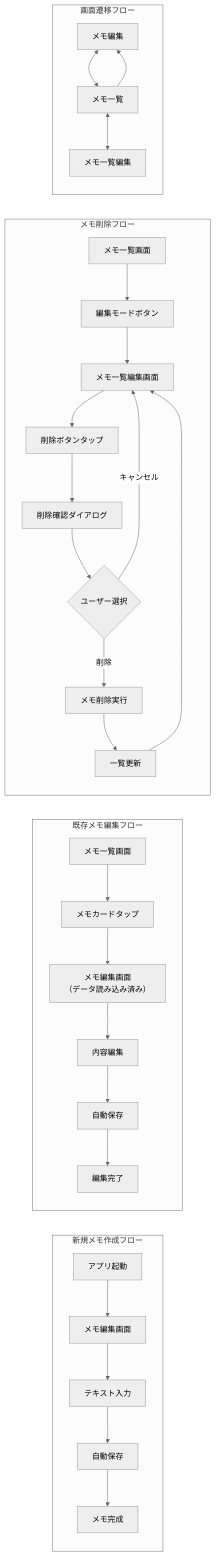
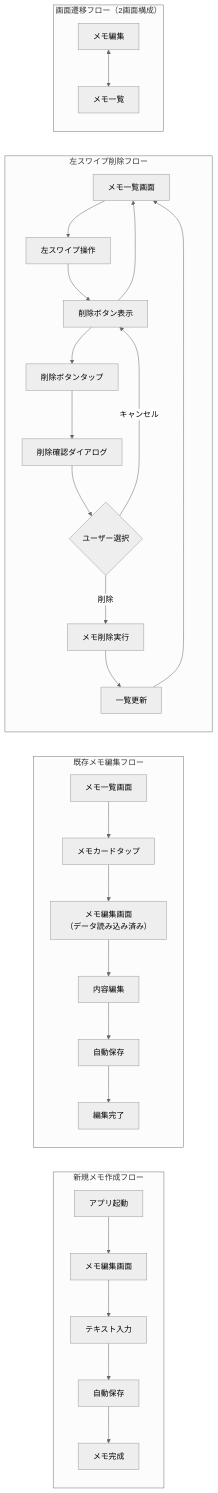
One commit to KajiyaManzou/ai-MyNotes changed the third of 7 diagrams in screenFlow.md. Above: the diagram before and after it, drawn with Mermaid (neutral theme). The commit also changed other lines of this file and 4 other files, not shown here.

````diff
--- a/screenFlow.md
+++ b/screenFlow.md
@@ -99,35 +95,34 @@
 ```mermaid
 flowchart LR
     subgraph "新規メモ作成フロー"
         A1[アプリ起動] --> A2[メモ編集画面]
         A2 --> A3[テキスト入力]
         A3 --> A4[自動保存]
         A4 --> A5[メモ完成]
     end
     
     subgraph "既存メモ編集フロー"
         B1[メモ一覧画面] --> B2[メモカードタップ]
         B2 --> B3[メモ編集画面<br/>（データ読み込み済み）]
         B3 --> B4[内容編集]
         B4 --> B5[自動保存]
         B5 --> B6[編集完了]
     end
     
-    subgraph "メモ削除フロー"
-        C1[メモ一覧画面] --> C2[編集モードボタン]
-        C2 --> C3[メモ一覧編集画面]
+    subgraph "左スワイプ削除フロー"
+        C1[メモ一覧画面] --> C2[左スワイプ操作]
+        C2 --> C3[削除ボタン表示]
         C3 --> C4[削除ボタンタップ]
         C4 --> C5[削除確認ダイアログ]
         C5 --> C6{ユーザー選択}
         C6 -->|削除| C7[メモ削除実行]
         C6 -->|キャンセル| C3
         C7 --> C8[一覧更新]
-        C8 --> C3
+        C8 --> C1
+        C3 --> C1
     end
     
-    subgraph "画面遷移フロー"
+    subgraph "画面遷移フロー（2画面構成）"
         D1[メモ編集] <--> D2[メモ一覧]
-        D2 <--> D3[メモ一覧編集]
-        D2 --> D1
     end
 ```
````
